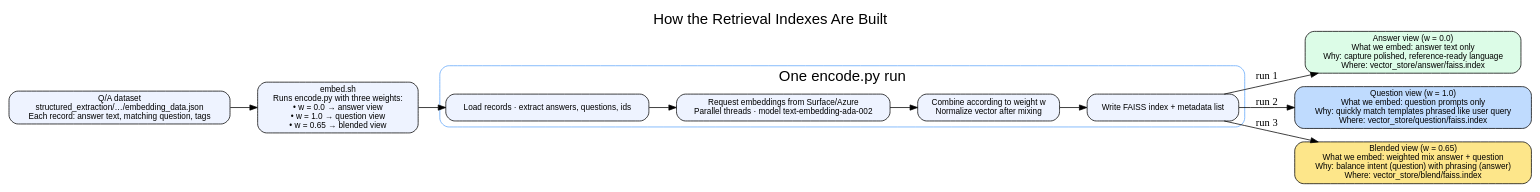
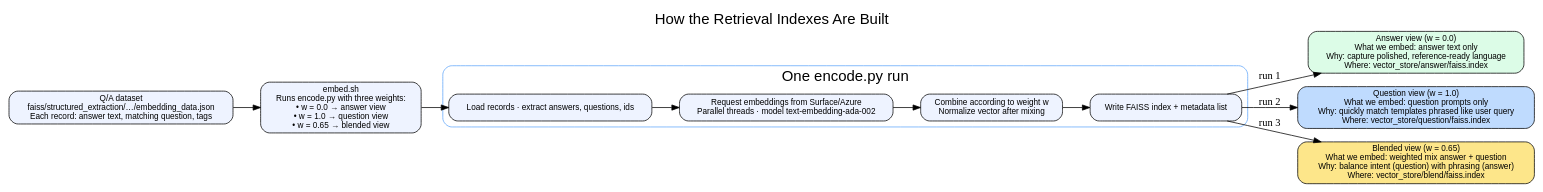
Before and after one commit to chris544460/rfp: the diagram in docs/diagrams/vector_embeddings.dot, drawn with Graphviz. The commit also changed 15 other files, not shown here.

```diff
--- a/docs/diagrams/vector_embeddings.dot
+++ b/docs/diagrams/vector_embeddings.dot
@@ -1,31 +1,31 @@
 digraph VectorEmbeddingPipeline {
     graph [label="How the Retrieval Indexes Are Built", labelloc="t", fontsize=20, fontname="Helvetica"];
     rankdir=LR;
     splines=true;
     node [shape=rect, style="rounded,filled", fillcolor="#eef3ff", fontname="Helvetica", fontsize=11];
 
-    dataset [label="Q/A dataset\nstructured_extraction/…/embedding_data.json\nEach record: answer text, matching question, tags"];
+    dataset [label="Q/A dataset\nfaiss/structured_extraction/…/embedding_data.json\nEach record: answer text, matching question, tags"];
     orchestrator [label="embed.sh\nRuns encode.py with three weights:\n• w = 0.0 → answer view\n• w = 1.0 → question view\n• w = 0.65 → blended view"];
     dataset -> orchestrator;
 
     subgraph cluster_encode {
         label="One encode.py run";
         color="#60a5fa";
         style="rounded";
         prep [label="Load records · extract answers, questions, ids"];
         call_api [label="Request embeddings from Surface/Azure\nParallel threads · model text-embedding-ada-002"];
         mix [label="Combine according to weight w\nNormalize vector after mixing"];
         faiss [label="Write FAISS index + metadata list"];
         prep -> call_api -> mix -> faiss;
     }
 
     orchestrator -> prep;
 
     answer_index [label="Answer view (w = 0.0)\nWhat we embed: answer text only\nWhy: capture polished, reference-ready language\nWhere: vector_store/answer/faiss.index" fillcolor="#dcfce7"];
     question_index [label="Question view (w = 1.0)\nWhat we embed: question prompts only\nWhy: quickly match templates phrased like user query\nWhere: vector_store/question/faiss.index" fillcolor="#bfdbfe"];
     blend_index [label="Blended view (w = 0.65)\nWhat we embed: weighted mix answer + question\nWhy: balance intent (question) with phrasing (answer)\nWhere: vector_store/blend/faiss.index" fillcolor="#fde68a"];
 
     faiss -> answer_index [label="run 1"];
     faiss -> question_index [label="run 2"];
     faiss -> blend_index [label="run 3"];
 }
```
